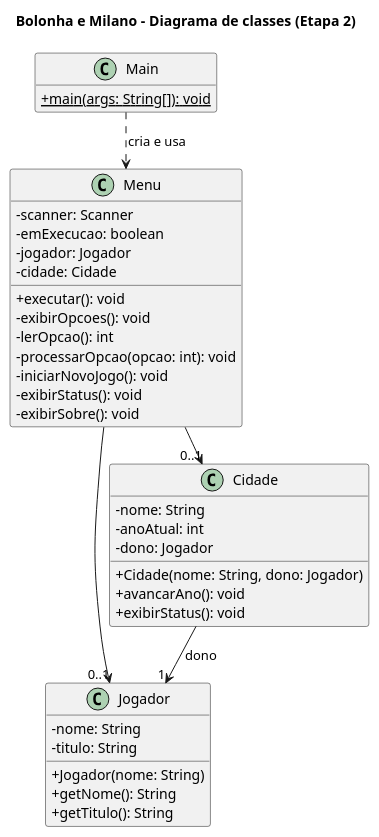
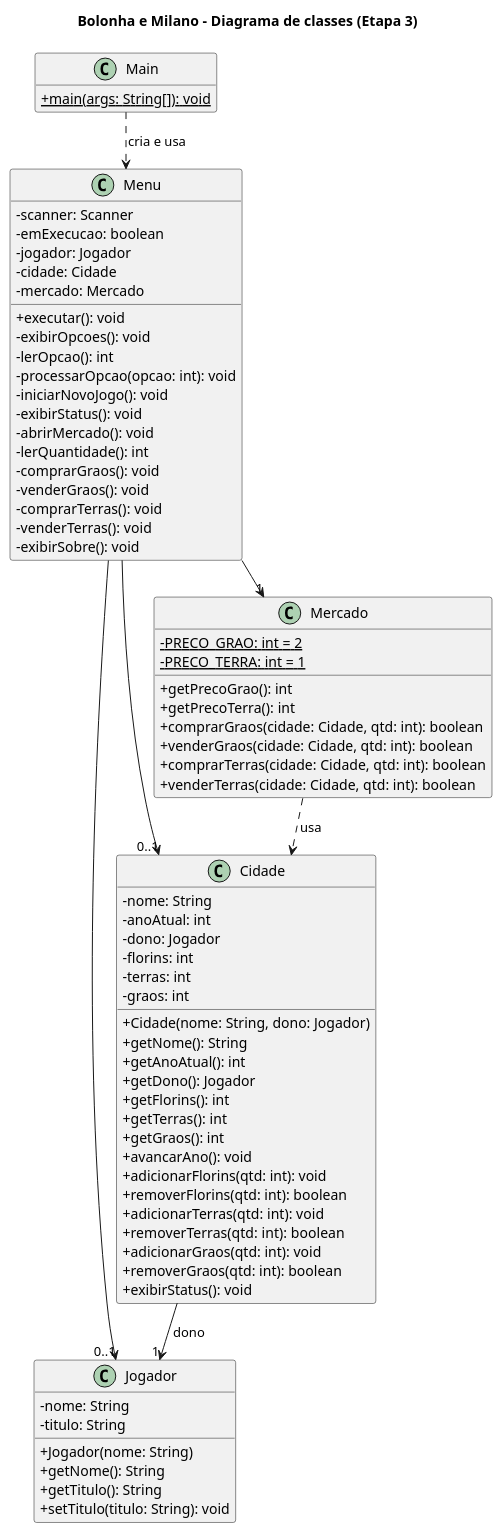
The diagram in uml/diagrama-classes.puml (JoaoPauloQC/bolonha-milano), drawn with PlantUML before and after one commit. The commit also changed 3 other files, not shown here.

Commit message:
etapa 3: diagramas atualizados

```diff
--- a/uml/diagrama-classes.puml
+++ b/uml/diagrama-classes.puml
@@ -1,46 +1,82 @@
 @startuml diagrama-classes
 !pragma layout smetana
-title Bolonha e Milano - Diagrama de classes (Etapa 2)
+title Bolonha e Milano - Diagrama de classes (Etapa 3)
 skinparam classAttributeIconSize 0
 hide empty members
 
 class Main {
   + {static} main(args: String[]): void
 }
 
 class Menu {
   - scanner: Scanner
   - emExecucao: boolean
   - jogador: Jogador
   - cidade: Cidade
+  - mercado: Mercado
   + executar(): void
   - exibirOpcoes(): void
   - lerOpcao(): int
   - processarOpcao(opcao: int): void
   - iniciarNovoJogo(): void
   - exibirStatus(): void
+  - abrirMercado(): void
+  - lerQuantidade(): int
+  - comprarGraos(): void
+  - venderGraos(): void
+  - comprarTerras(): void
+  - venderTerras(): void
   - exibirSobre(): void
 }
 
 class Jogador {
   - nome: String
   - titulo: String
   + Jogador(nome: String)
   + getNome(): String
   + getTitulo(): String
+  + setTitulo(titulo: String): void
 }
 
 class Cidade {
   - nome: String
   - anoAtual: int
   - dono: Jogador
+  - florins: int
+  - terras: int
+  - graos: int
   + Cidade(nome: String, dono: Jogador)
+  + getNome(): String
+  + getAnoAtual(): int
+  + getDono(): Jogador
+  + getFlorins(): int
+  + getTerras(): int
+  + getGraos(): int
   + avancarAno(): void
+  + adicionarFlorins(qtd: int): void
+  + removerFlorins(qtd: int): boolean
+  + adicionarTerras(qtd: int): void
+  + removerTerras(qtd: int): boolean
+  + adicionarGraos(qtd: int): void
+  + removerGraos(qtd: int): boolean
   + exibirStatus(): void
+}
+
+class Mercado {
+  - {static} PRECO_GRAO: int = 2
+  - {static} PRECO_TERRA: int = 1
+  + getPrecoGrao(): int
+  + getPrecoTerra(): int
+  + comprarGraos(cidade: Cidade, qtd: int): boolean
+  + venderGraos(cidade: Cidade, qtd: int): boolean
+  + comprarTerras(cidade: Cidade, qtd: int): boolean
+  + venderTerras(cidade: Cidade, qtd: int): boolean
 }
 
 Main ..> Menu : cria e usa
 Menu --> "0..1" Jogador
 Menu --> "0..1" Cidade
+Menu --> "1" Mercado
 Cidade --> "1" Jogador : dono
+Mercado ..> Cidade : usa
 @enduml
```
